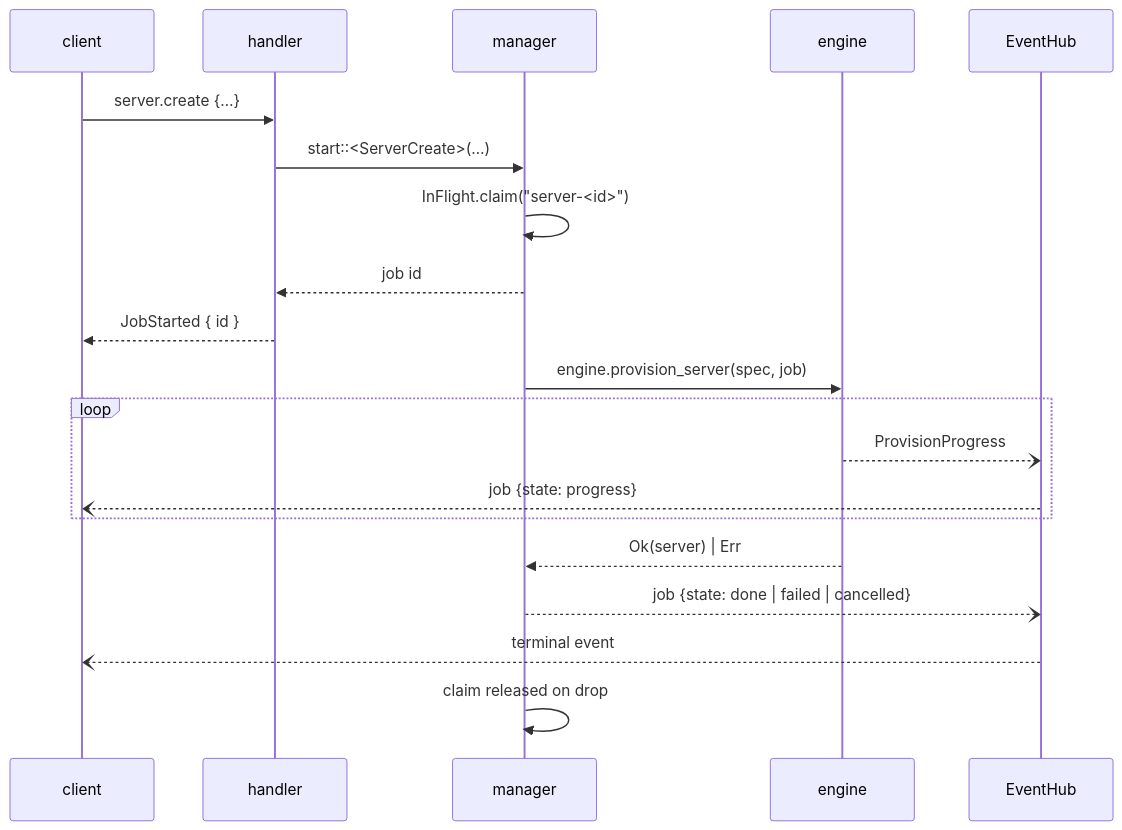
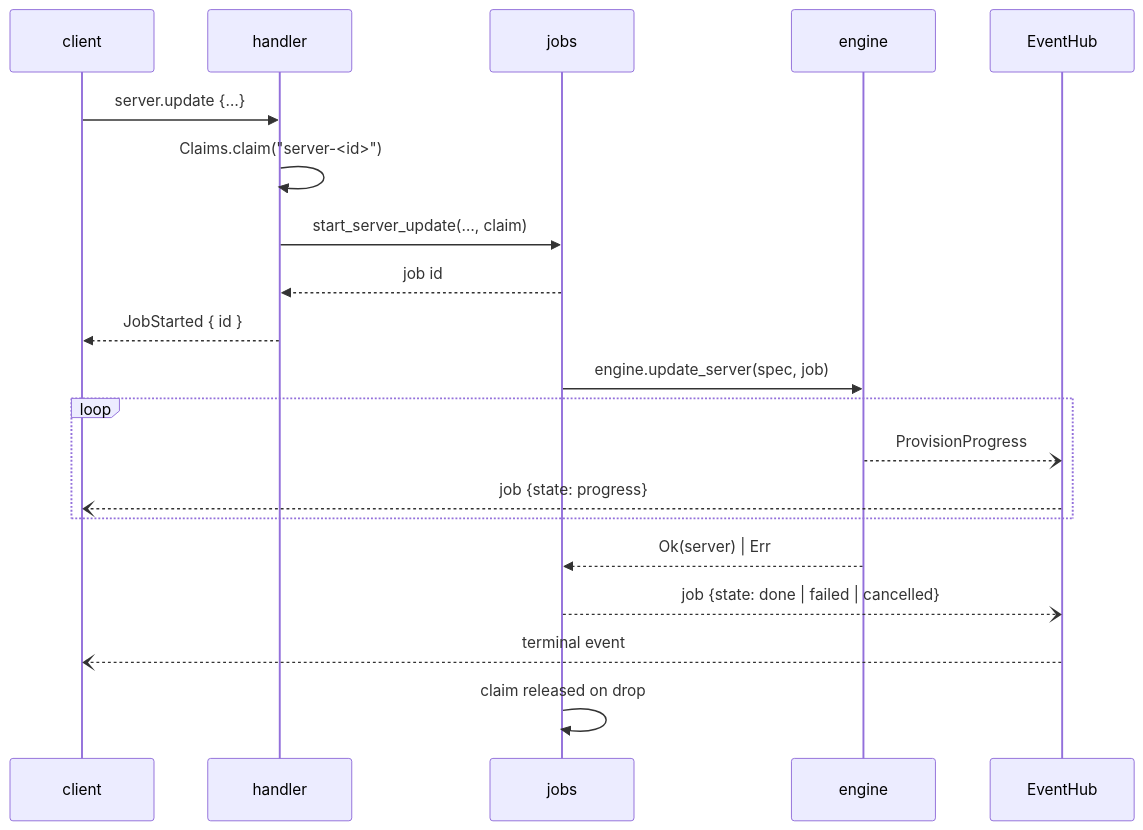
The second of 2 diagrams in docs/architecture/daemon.md (prytaneum/hestia), drawn with Mermaid before and after one commit. The commit also changed other lines of this file and 36 other files, not shown here.

Commit message:
refactor(daemon): one entry claim and one Jobs value

````diff
--- a/docs/architecture/daemon.md
+++ b/docs/architecture/daemon.md
@@ -107,23 +107,23 @@
 ```mermaid
 sequenceDiagram
     participant C as client
     participant H as handler
-    participant M as manager
+    participant M as jobs
     participant E as engine
     participant Hub as EventHub
 
-    C->>H: server.create {…}
-    H->>M: start::<ServerCreate>(…)
-    M->>M: InFlight.claim("server-<id>")
+    C->>H: server.update {…}
+    H->>H: Claims.claim("server-<id>")
+    H->>M: start_server_update(…, claim)
     M-->>H: job id
     H-->>C: JobStarted { id }
-    M->>E: engine.provision_server(spec, job)
+    M->>E: engine.update_server(spec, job)
     loop
         E--)Hub: ProvisionProgress
         Hub--)C: job {state: progress}
     end
     E-->>M: Ok(server) | Err
     M--)Hub: job {state: done | failed | cancelled}
     Hub--)C: terminal event
     M->>M: claim released on drop
 ```
````
